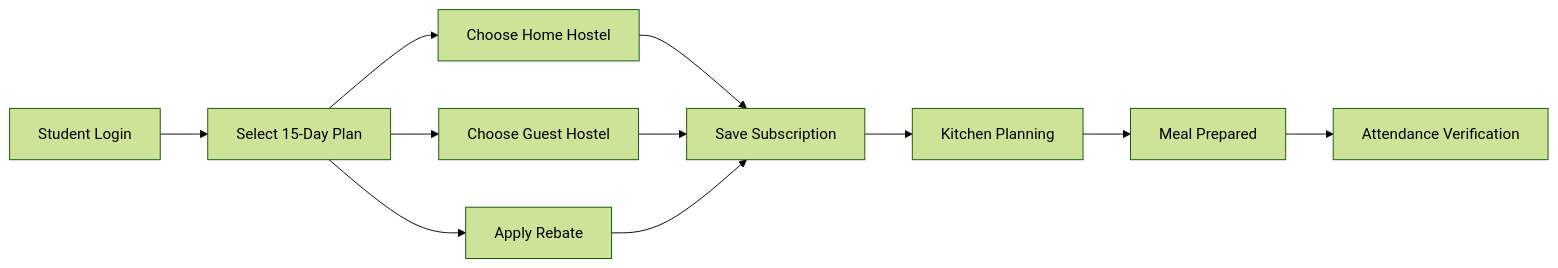
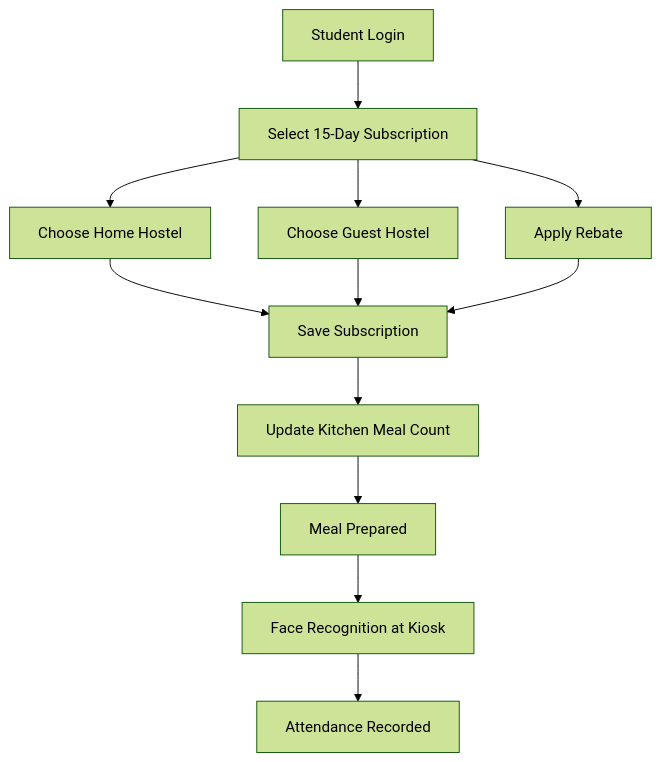
One commit to AIMSLab-IIITAllahabad/Full-Stack-Dev-Hostel-Mess-Management-System changed the second of 4 diagrams in README.md. Above: the diagram before and after it, drawn with Mermaid (forest theme). The commit also changed other lines of this file, not shown here.

First line of the commit message:
Revise authentication and meal subscription flow diagrams

````diff
--- a/README.md
+++ b/README.md
@@ -429,24 +432,22 @@
 ```mermaid
-flowchart LR
+flowchart TD
 
 A[Student Login]
--->B[Select 15-Day Plan]
+-->B[Select 15-Day Subscription]
 
 B-->C[Choose Home Hostel]
-
 B-->D[Choose Guest Hostel]
-
 B-->E[Apply Rebate]
 
 C-->F[Save Subscription]
-
 D-->F
-
 E-->F
 
-F-->G[Kitchen Planning]
+F-->G[Update Kitchen Meal Count]
 
 G-->H[Meal Prepared]
 
-H-->I[Attendance Verification]
+H-->I[Face Recognition at Kiosk]
+
+I-->J[Attendance Recorded]
 ```
````
